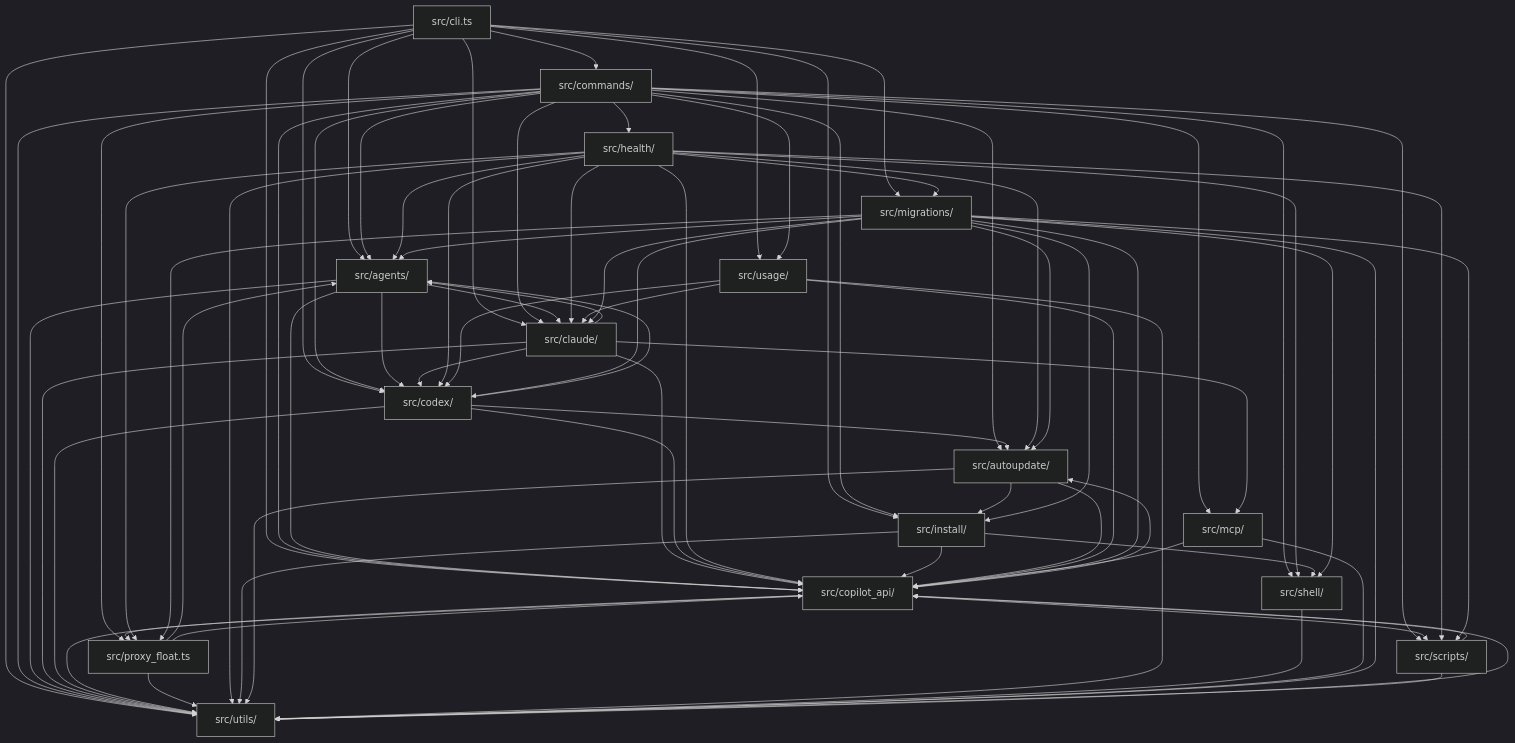
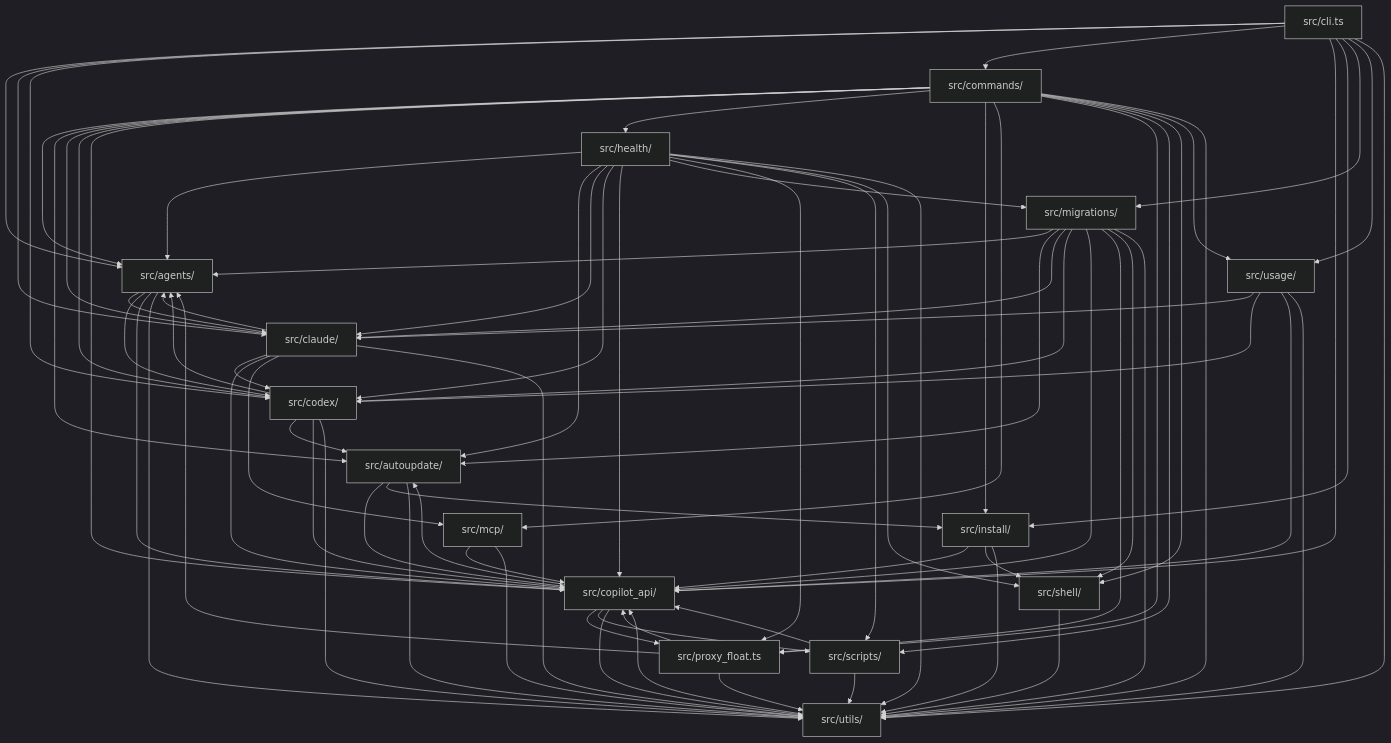
The eighth of 8 diagrams in docs/architecture.md (Vivswan/copilot-env), drawn with Mermaid (dark theme) before and after one commit. The commit also changed other lines of this file and 1 other file, not shown here.

Commit message:
fix(docs): drop the migrations edges and box symbol the no-compat sweep removed (#269)

```diff
--- a/docs/architecture.md
+++ b/docs/architecture.md
@@ -274,9 +274,7 @@
   migrations --> claude
   migrations --> codex
   migrations --> copilot_api
-  migrations --> install
   migrations --> proxy_float
-  migrations --> scripts
   migrations --> shell
   migrations --> utils
   scripts --> copilot_api
```
